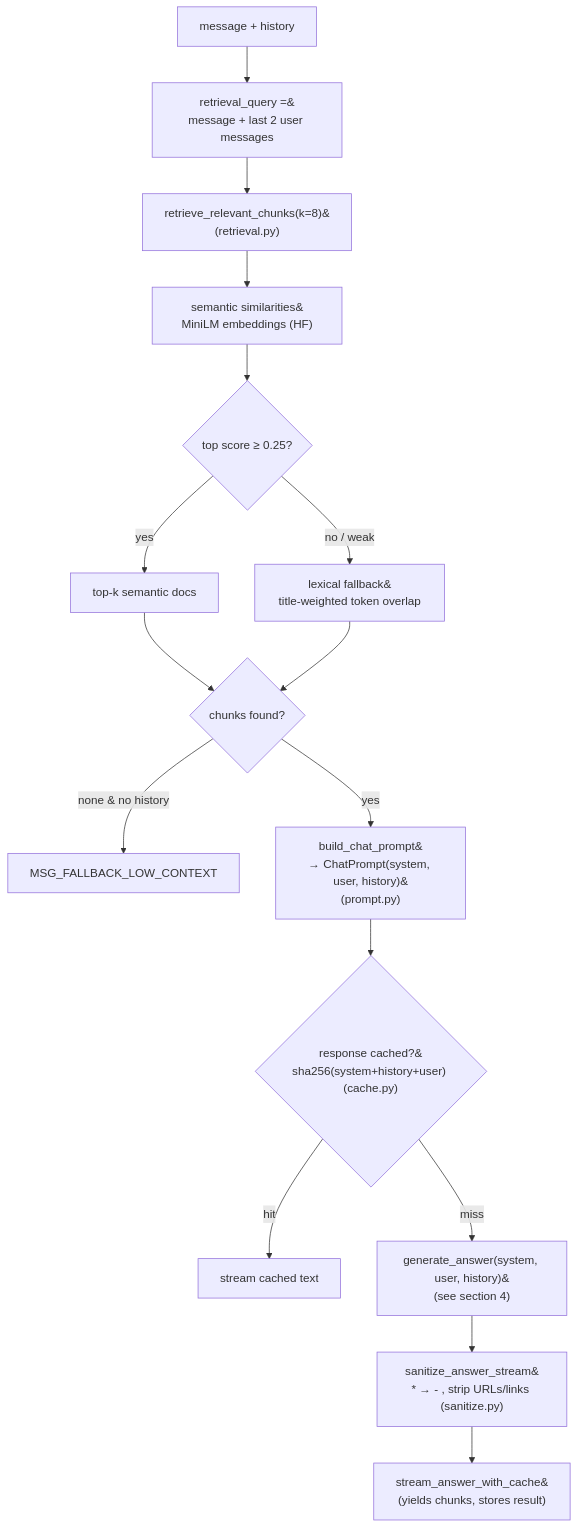
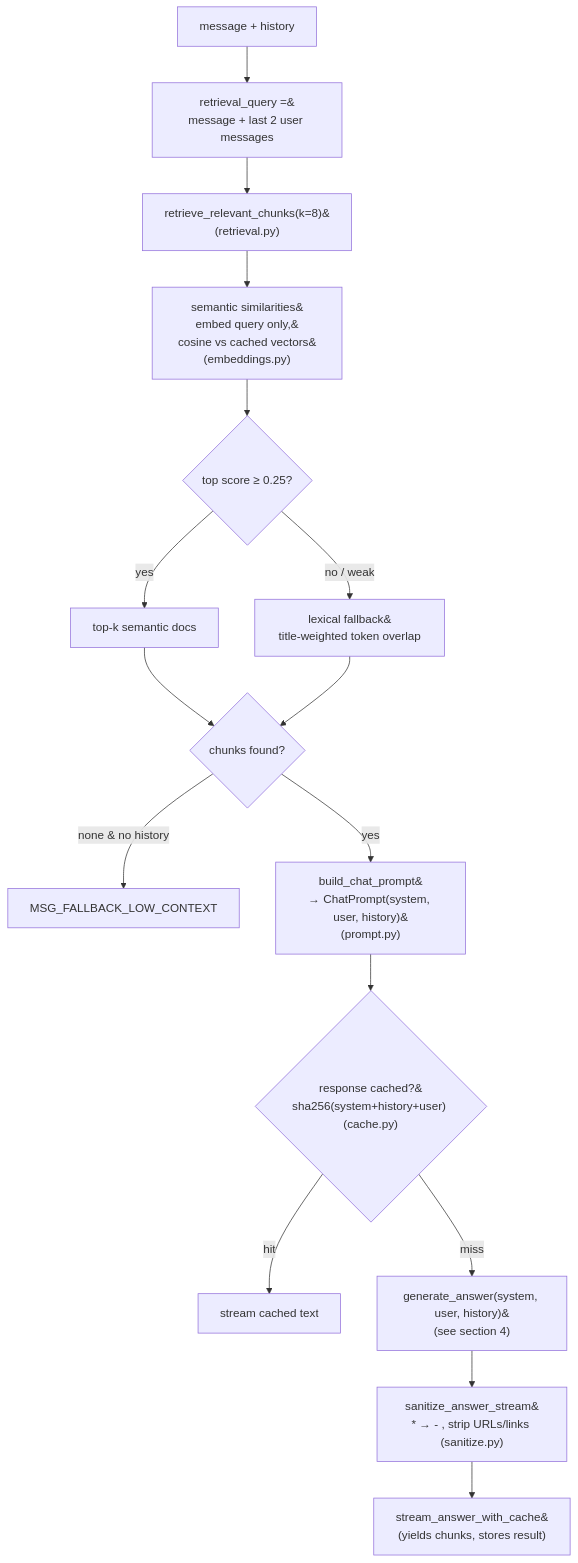
One commit to radcrew/radcrew-unveiled changed the third of 4 diagrams in backend/docs/chatbot-flow.md. Above: the diagram before and after it, drawn with Mermaid. The commit also changed other lines of this file and 3 other files, not shown here.

````diff
--- a/backend/docs/chatbot-flow.md
+++ b/backend/docs/chatbot-flow.md
@@ -53,21 +56,21 @@
 ```mermaid
 flowchart TD
     IN["message + history"] --> Q["retrieval_query =&#10;message + last 2 user messages"]
     Q --> RET["retrieve_relevant_chunks(k=8)&#10;(retrieval.py)"]
 
-    RET --> SEM["semantic similarities&#10;MiniLM embeddings (HF)"]
+    RET --> SEM["semantic similarities&#10;embed query only,&#10;cosine vs cached vectors&#10;(embeddings.py)"]
     SEM --> THR{"top score ≥ 0.25?"}
     THR -->|yes| TOPK["top-k semantic docs"]
     THR -->|"no / weak"| LEX["lexical fallback&#10;title-weighted token overlap"]
 
     TOPK --> CHK{"chunks found?"}
     LEX --> CHK
     CHK -->|"none & no history"| LOWCTX["MSG_FALLBACK_LOW_CONTEXT"]
     CHK -->|yes| PROMPT["build_chat_prompt&#10;→ ChatPrompt(system, user, history)&#10;(prompt.py)"]
 
     PROMPT --> CACHE{"response cached?&#10;sha256(system+history+user) (cache.py)"}
     CACHE -->|hit| CACHED["stream cached text"]
     CACHE -->|miss| GEN["generate_answer(system, user, history)&#10;(see section 4)"]
     GEN --> SAN["sanitize_answer_stream&#10;* → - , strip URLs/links (sanitize.py)"]
     SAN --> CACHEW["stream_answer_with_cache&#10;(yields chunks, stores result)"]
 ```
````
